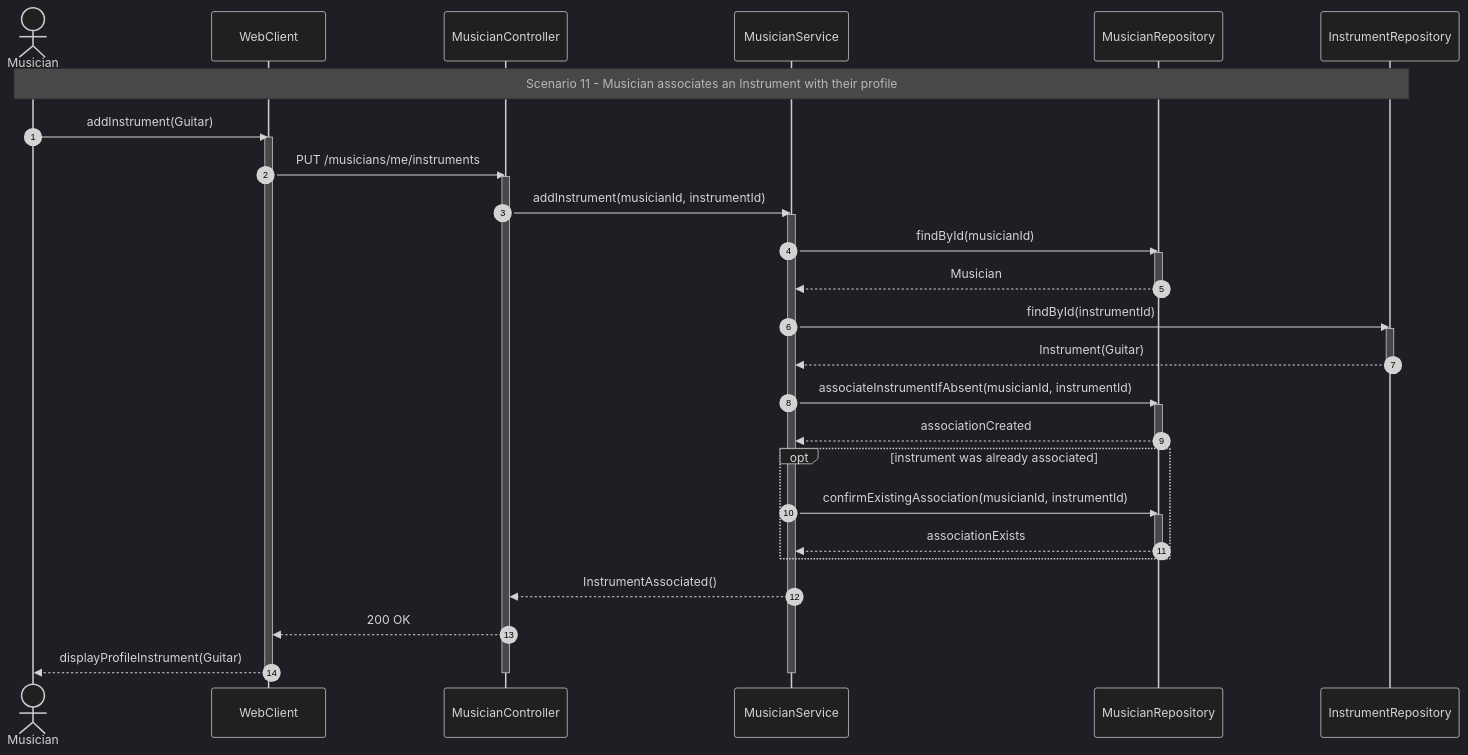
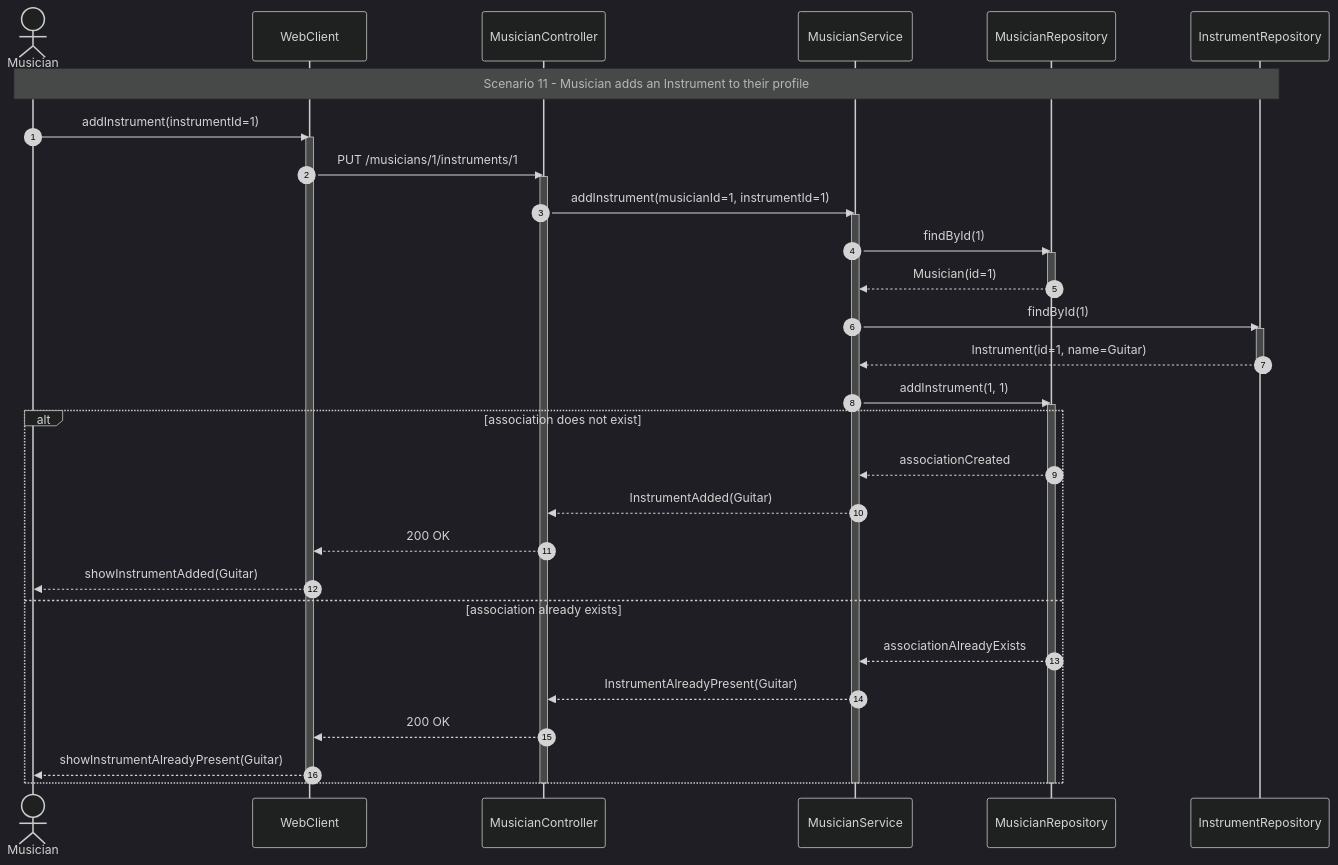
One commit to therealsunfl0wer/SMRA-labs changed the diagram in 3-sequence/diagrams/scenario-11-musician-manages-instruments.mmd. Above: the diagram before and after it, drawn with Mermaid (dark theme).

Commit message:
ai: clarify Musician instrument association scenario

```diff
--- a/3-sequence/diagrams/scenario-11-musician-manages-instruments.mmd
+++ b/3-sequence/diagrams/scenario-11-musician-manages-instruments.mmd
@@ -1,39 +1,40 @@
 sequenceDiagram
     autonumber
     actor M as Musician
     participant UI as WebClient
     participant API as MusicianController
     participant MS as MusicianService
     participant MR as MusicianRepository
     participant IR as InstrumentRepository
-    Note over M,IR: Scenario 11 - Musician associates an Instrument with their profile
-    M->>UI: addInstrument(Guitar)
+    Note over M,IR: Scenario 11 - Musician adds an Instrument to their profile
+    M->>UI: addInstrument(instrumentId=1)
     activate UI
-    UI->>API: PUT /musicians/me/instruments
+    UI->>API: PUT /musicians/1/instruments/1
     activate API
-    API->>MS: addInstrument(musicianId, instrumentId)
+    API->>MS: addInstrument(musicianId=1, instrumentId=1)
     activate MS
-    MS->>MR: findById(musicianId)
+    MS->>MR: findById(1)
     activate MR
-    MR-->>MS: Musician
+    MR-->>MS: Musician(id=1)
     deactivate MR
-    MS->>IR: findById(instrumentId)
+    MS->>IR: findById(1)
     activate IR
-    IR-->>MS: Instrument(Guitar)
+    IR-->>MS: Instrument(id=1, name=Guitar)
     deactivate IR
-    MS->>MR: associateInstrumentIfAbsent(musicianId, instrumentId)
+    MS->>MR: addInstrument(1, 1)
     activate MR
-    MR-->>MS: associationCreated
+    alt association does not exist
+        MR-->>MS: associationCreated
+        MS-->>API: InstrumentAdded(Guitar)
+        API-->>UI: 200 OK
+        UI-->>M: showInstrumentAdded(Guitar)
+    else association already exists
+        MR-->>MS: associationAlreadyExists
+        MS-->>API: InstrumentAlreadyPresent(Guitar)
+        API-->>UI: 200 OK
+        UI-->>M: showInstrumentAlreadyPresent(Guitar)
+    end
     deactivate MR
-    opt instrument was already associated
-        MS->>MR: confirmExistingAssociation(musicianId, instrumentId)
-        activate MR
-        MR-->>MS: associationExists
-        deactivate MR
-    end
-    MS-->>API: InstrumentAssociated()
-    API-->>UI: 200 OK
-    UI-->>M: displayProfileInstrument(Guitar)
     deactivate MS
     deactivate API
     deactivate UI
```
